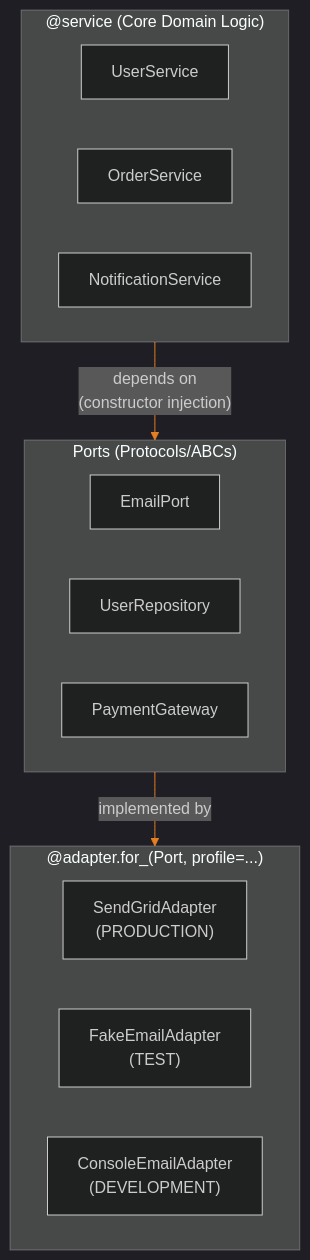
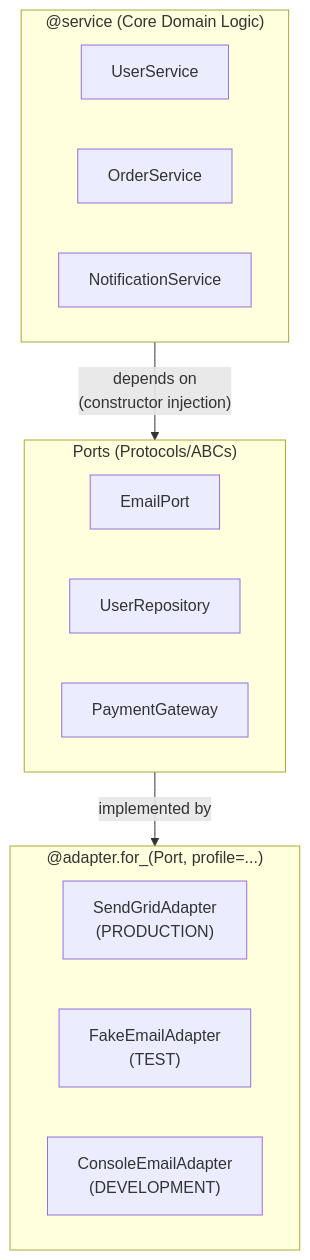
Before and after one commit to mikelane/dioxide: the diagram in docs/user_guide/hexagonal_architecture.md, drawn with Mermaid. The commit also changed 2 other files, not shown here.

Commit message:
fix: configure global mermaid dark theme and remove per-diagram init blocks

````diff
--- a/docs/user_guide/hexagonal_architecture.md
+++ b/docs/user_guide/hexagonal_architecture.md
@@ -234,27 +234,26 @@
 ```{mermaid}
-%%{init: {'theme': 'dark', 'themeVariables': { 'primaryColor': '#d35400', 'primaryTextColor': '#fff', 'primaryBorderColor': '#e67e22', 'lineColor': '#e67e22', 'secondaryColor': '#2c3e50', 'tertiaryColor': '#1a252f'}}}%%
 flowchart TB
     subgraph services["@service (Core Domain Logic)"]
         direction LR
         US[UserService]
         OS[OrderService]
         NS[NotificationService]
     end
 
     subgraph ports["Ports (Protocols/ABCs)"]
         direction LR
         EP[EmailPort]
         UR[UserRepository]
         PG[PaymentGateway]
     end
 
     subgraph adapters["@adapter.for_(Port, profile=...)"]
         direction LR
         SG["SendGridAdapter<br/>(PRODUCTION)"]
         FE["FakeEmailAdapter<br/>(TEST)"]
         CE["ConsoleEmailAdapter<br/>(DEVELOPMENT)"]
     end
 
     services -->|"depends on<br/>(constructor injection)"| ports
     ports -->|"implemented by"| adapters
 ```
````
